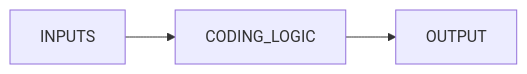
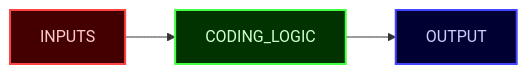
The diagram in 1-functions.md (sun2ii/coding-101), drawn with Mermaid before and after one commit. The commit also changed other lines of this file, not shown here.

Commit message:
edit typo and add color for graph

````diff
--- a/1-functions.md
+++ b/1-functions.md
@@ -6,5 +6,13 @@
 ```mermaid
 graph LR
     A[INPUTS] --> B[CODING_LOGIC]
     B --> C[OUTPUT]
+
+    classDef red fill:#440000,stroke:#ff4444,stroke-width:2px,color:#ffcccc;
+    classDef green fill:#003300,stroke:#44ff44,stroke-width:2px,color:#ccffcc;
+    classDef blue fill:#000033,stroke:#4444ff,stroke-width:2px,color:#ccccff;
+
+    class A red;
+    class B green;
+    class C blue;
 ```
````
